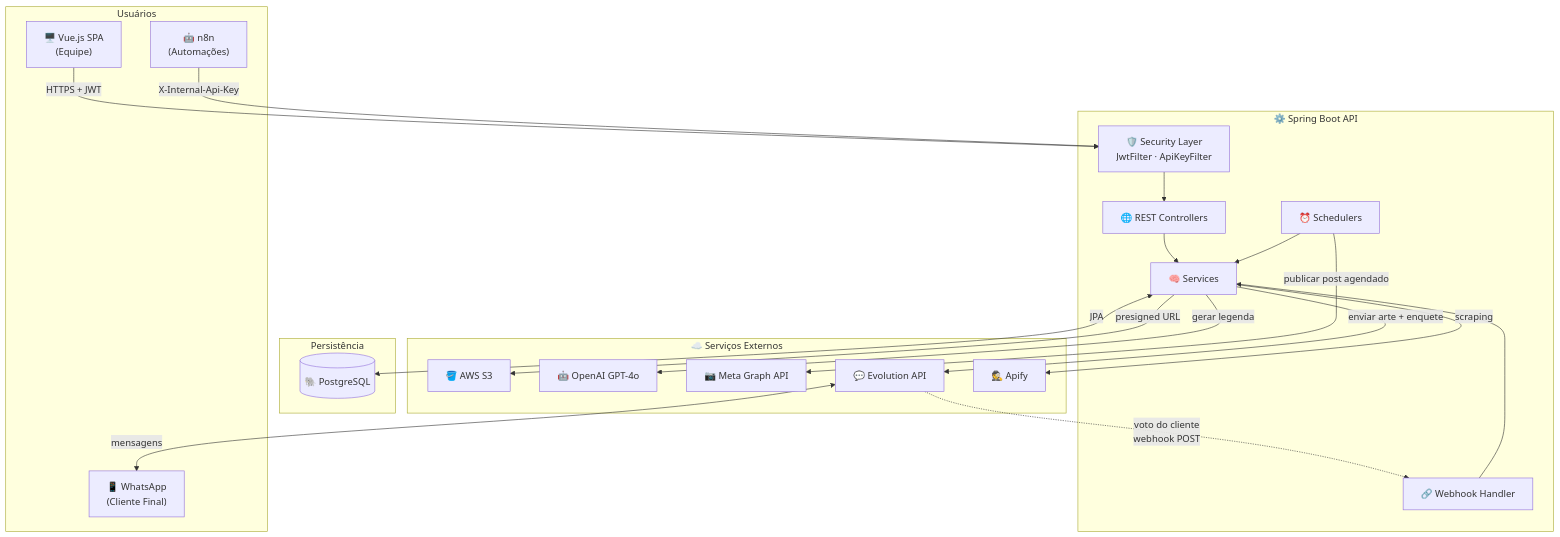
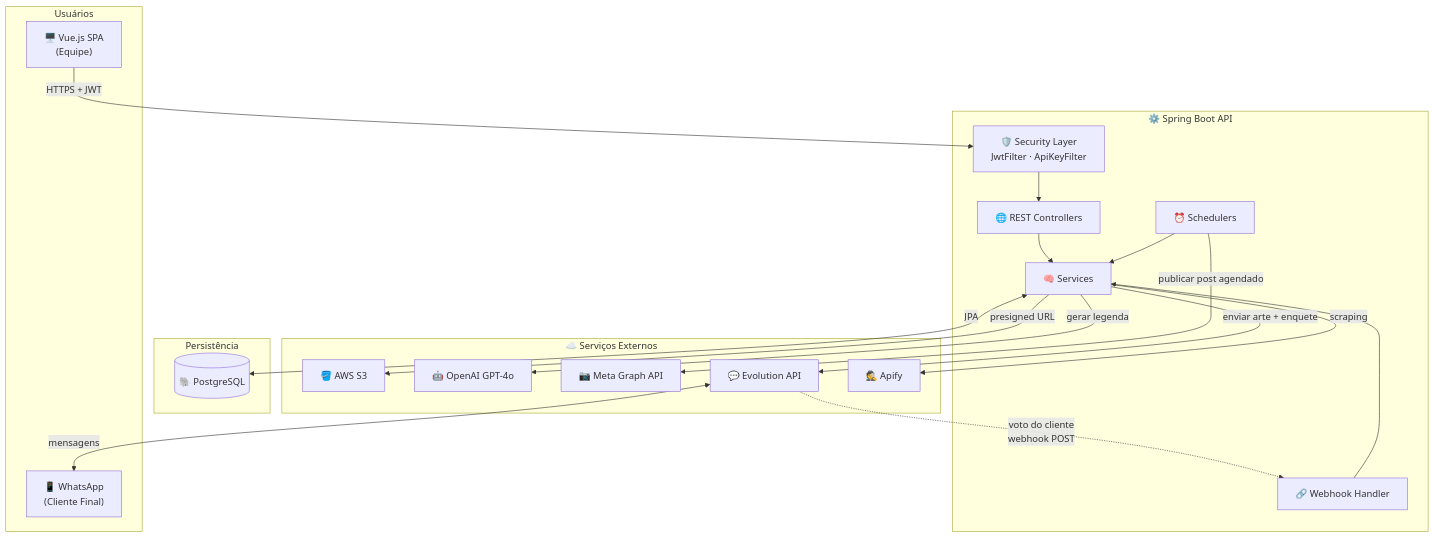
Before and after one commit to raylann-lopes/marketing: the second of 5 diagrams in README.md, drawn with Mermaid. The commit also changed other lines of this file and 4 other files, not shown here.

Commit message:
refactor: remover referencias ao n8n e renomear propriedade para internal.api.key

````diff
--- a/README.md
+++ b/README.md
@@ -73,43 +73,41 @@
 ```mermaid
 graph TB
     subgraph Usuarios["Usuários"]
         SPA["🖥️ Vue.js SPA\n(Equipe)"]
-        N8N["🤖 n8n\n(Automações)"]
         WA_CLIENT["📱 WhatsApp\n(Cliente Final)"]
     end
 
     subgraph API["⚙️ Spring Boot API"]
         SEC["🛡️ Security Layer\nJwtFilter · ApiKeyFilter"]
         REST["🌐 REST Controllers"]
         SVC["🧠 Services"]
         SCHED["⏰ Schedulers"]
         HOOK["🔗 Webhook Handler"]
     end
 
     subgraph Storage["Persistência"]
         PG[("🐘 PostgreSQL")]
     end
 
     subgraph Cloud["☁️ Serviços Externos"]
         S3["🪣 AWS S3"]
         GPT["🤖 OpenAI GPT-4o"]
         META["📷 Meta Graph API"]
         EVOL["💬 Evolution API"]
         APIFY["🕵️ Apify"]
     end
 
     SPA -->|"HTTPS + JWT"| SEC
-    N8N -->|"X-Internal-Api-Key"| SEC
     SEC --> REST
     REST --> SVC
     SCHED --> SVC
     HOOK --> SVC
     SVC <-->|"JPA"| PG
     SVC -->|"presigned URL"| S3
     SVC -->|"gerar legenda"| GPT
     SVC -->|"scraping"| APIFY
     SVC -->|"enviar arte + enquete"| EVOL
     SCHED -->|"publicar post agendado"| META
     EVOL -.->|"voto do cliente\nwebhook POST"| HOOK
     EVOL <-->|"mensagens"| WA_CLIENT
 ```
````
